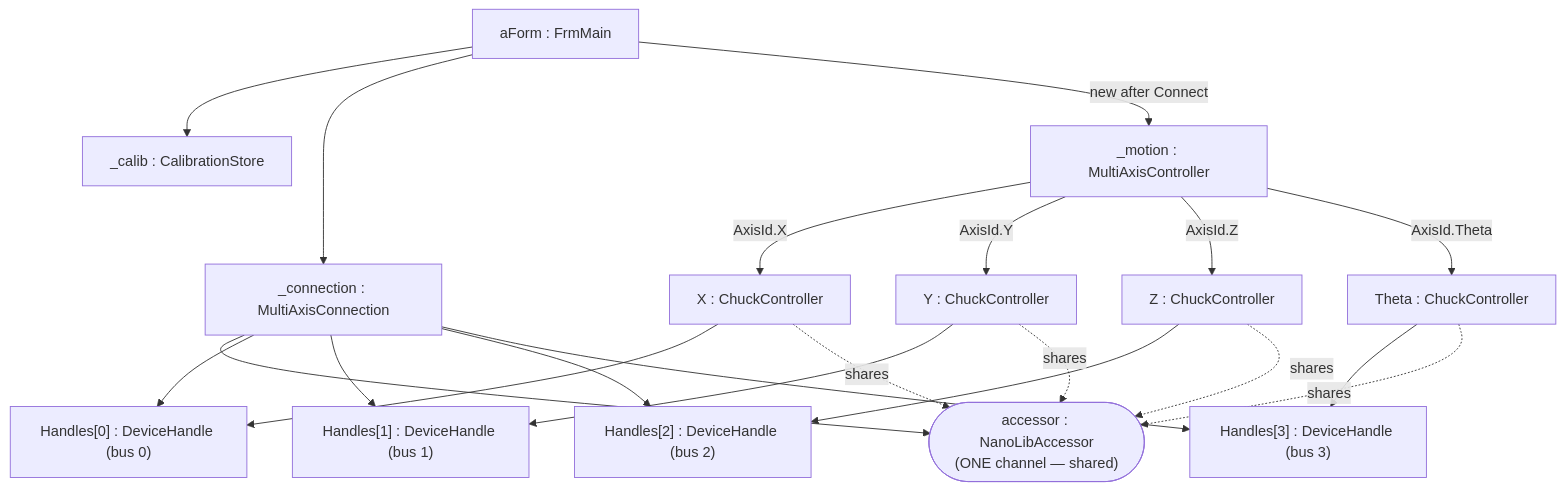
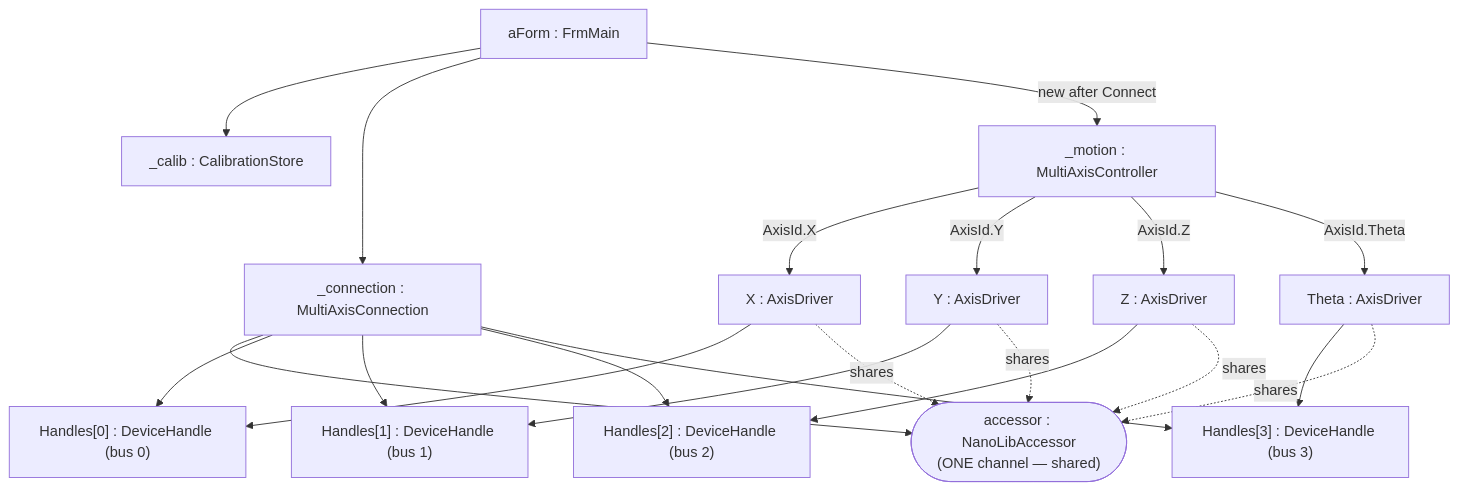
Before and after one commit to alexanderYaw/nanotec-controller: the third of 6 diagrams in Developer Guide/README.md, drawn with Mermaid. The commit also changed other lines of this file and 1 other file, not shown here.

````diff
--- a/Developer Guide/README.md
+++ b/Developer Guide/README.md
@@ -142,32 +143,32 @@
 ```mermaid
 flowchart TB
     frm["aForm : FrmMain"]
     cal["_calib : CalibrationStore"]
     conn["_connection : MultiAxisConnection"]
     mac["_motion : MultiAxisController"]
     acc(["accessor : NanoLibAccessor<br/>(ONE channel — shared)"])
 
     frm --> cal
     frm --> conn
     frm -->|new after Connect| mac
 
     conn --> acc
     conn --> H0["Handles[0] : DeviceHandle (bus 0)"]
     conn --> H1["Handles[1] : DeviceHandle (bus 1)"]
     conn --> H2["Handles[2] : DeviceHandle (bus 2)"]
     conn --> H3["Handles[3] : DeviceHandle (bus 3)"]
 
-    mac -->|AxisId.X| cX["X : ChuckController"]
-    mac -->|AxisId.Y| cY["Y : ChuckController"]
-    mac -->|AxisId.Z| cZ["Z : ChuckController"]
-    mac -->|AxisId.Theta| cT["Theta : ChuckController"]
+    mac -->|AxisId.X| cX["X : AxisDriver"]
+    mac -->|AxisId.Y| cY["Y : AxisDriver"]
+    mac -->|AxisId.Z| cZ["Z : AxisDriver"]
+    mac -->|AxisId.Theta| cT["Theta : AxisDriver"]
 
     cX --> H0
     cY --> H1
     cZ --> H2
     cT --> H3
     cX -.shares.-> acc
     cY -.shares.-> acc
     cZ -.shares.-> acc
     cT -.shares.-> acc
 ```
````
